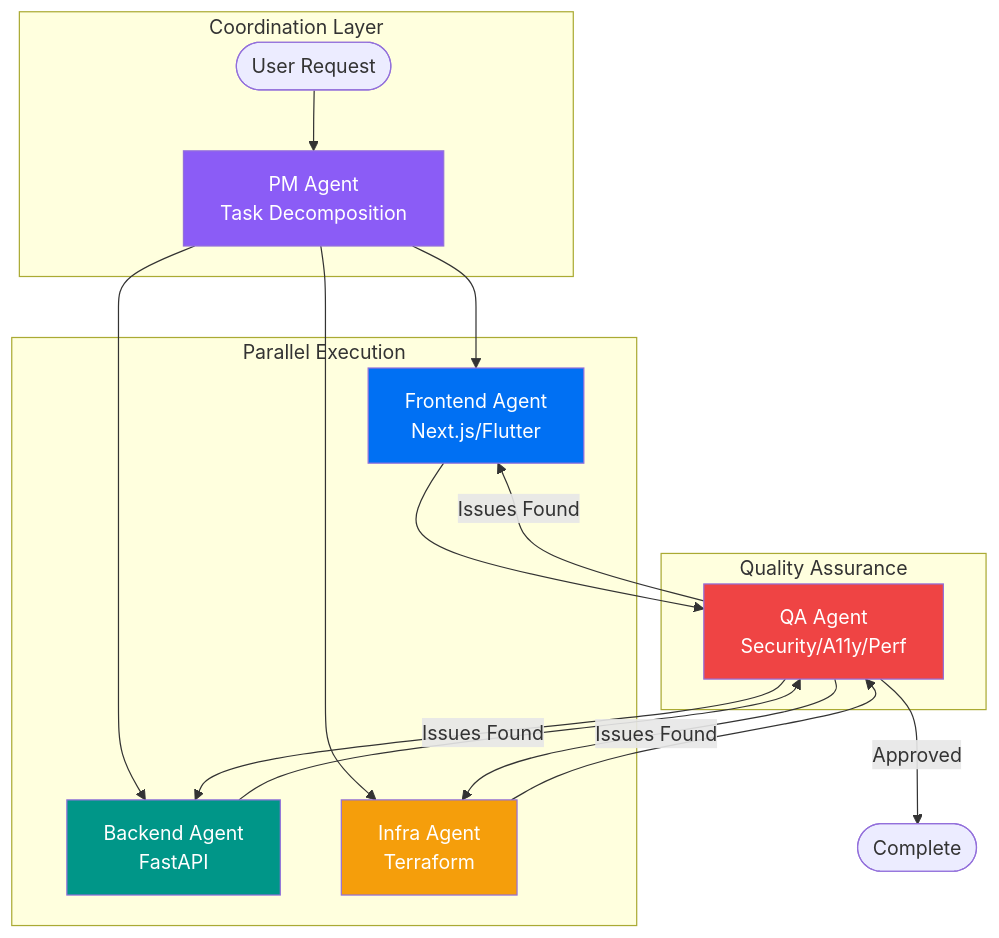
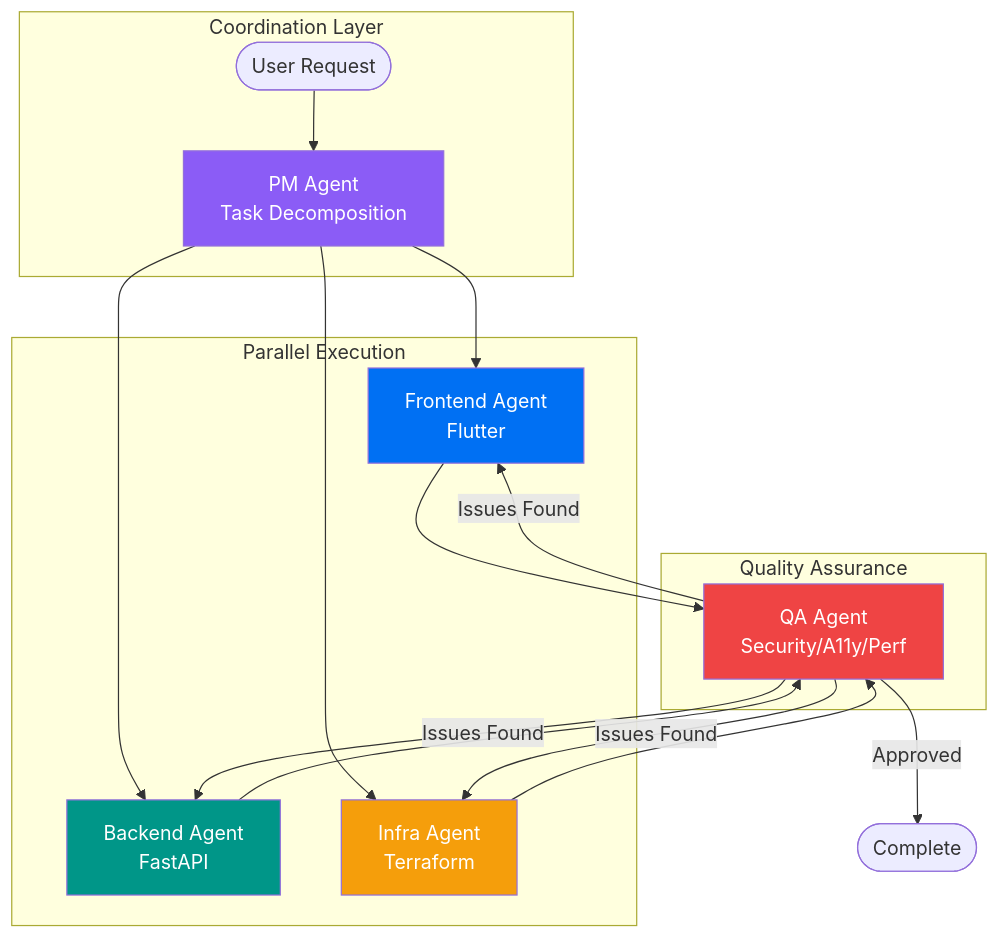
The second of 2 diagrams in README.md (first-fluke/juny), drawn with Mermaid before and after one commit. The commit also changed other lines of this file and 7 other files, not shown here.

````diff
--- a/README.md
+++ b/README.md
@@ -83,29 +79,29 @@
 ```mermaid
 graph TB
     subgraph Coordination["Coordination Layer"]
         User([User Request])
         PM[PM Agent<br/>Task Decomposition]
     end
 
     subgraph Execution["Parallel Execution"]
-        FE[Frontend Agent<br/>Next.js/Flutter]
+        FE[Frontend Agent<br/>Flutter]
         BE[Backend Agent<br/>FastAPI]
         Infra[Infra Agent<br/>Terraform]
     end
 
     subgraph Review["Quality Assurance"]
         QA[QA Agent<br/>Security/A11y/Perf]
     end
 
     User --> PM
     PM --> FE & BE & Infra
     FE & BE & Infra --> QA
     QA -->|Issues Found| FE & BE & Infra
     QA -->|Approved| Done([Complete])
 
     style PM fill:#8B5CF6,color:#fff
     style FE fill:#0070f3,color:#fff
     style BE fill:#009688,color:#fff
     style Infra fill:#F59E0B,color:#fff
     style QA fill:#EF4444,color:#fff
 ```
````
